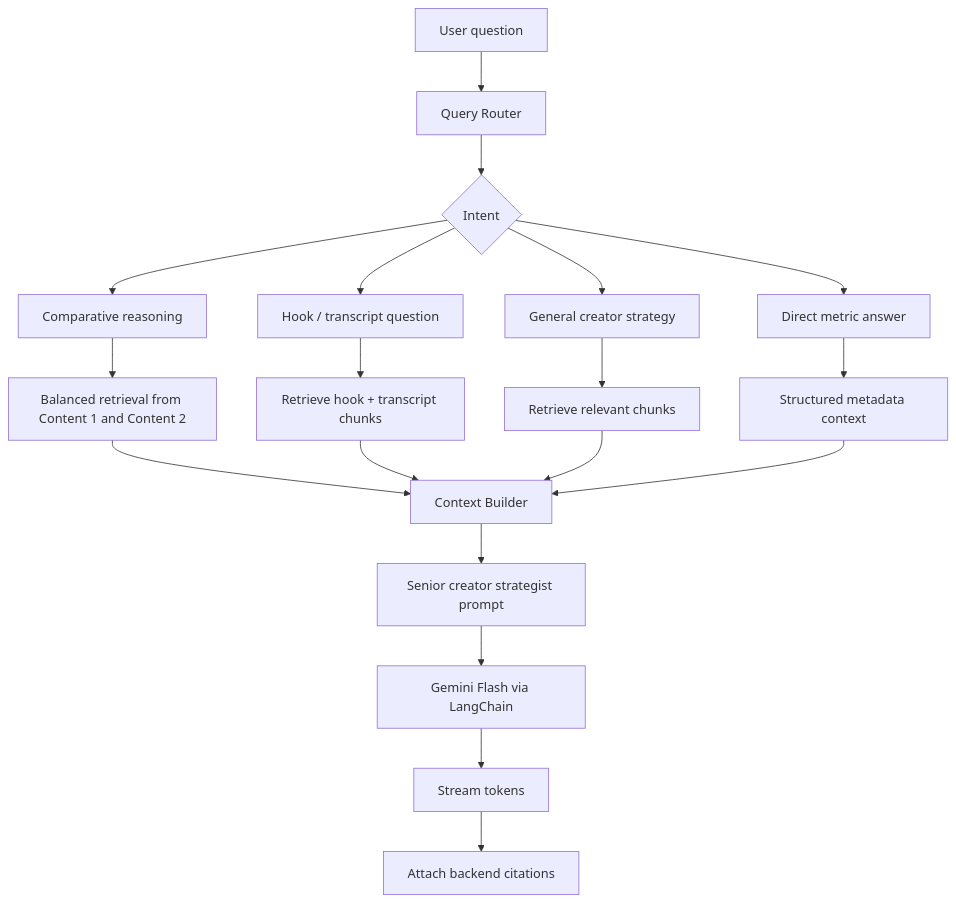
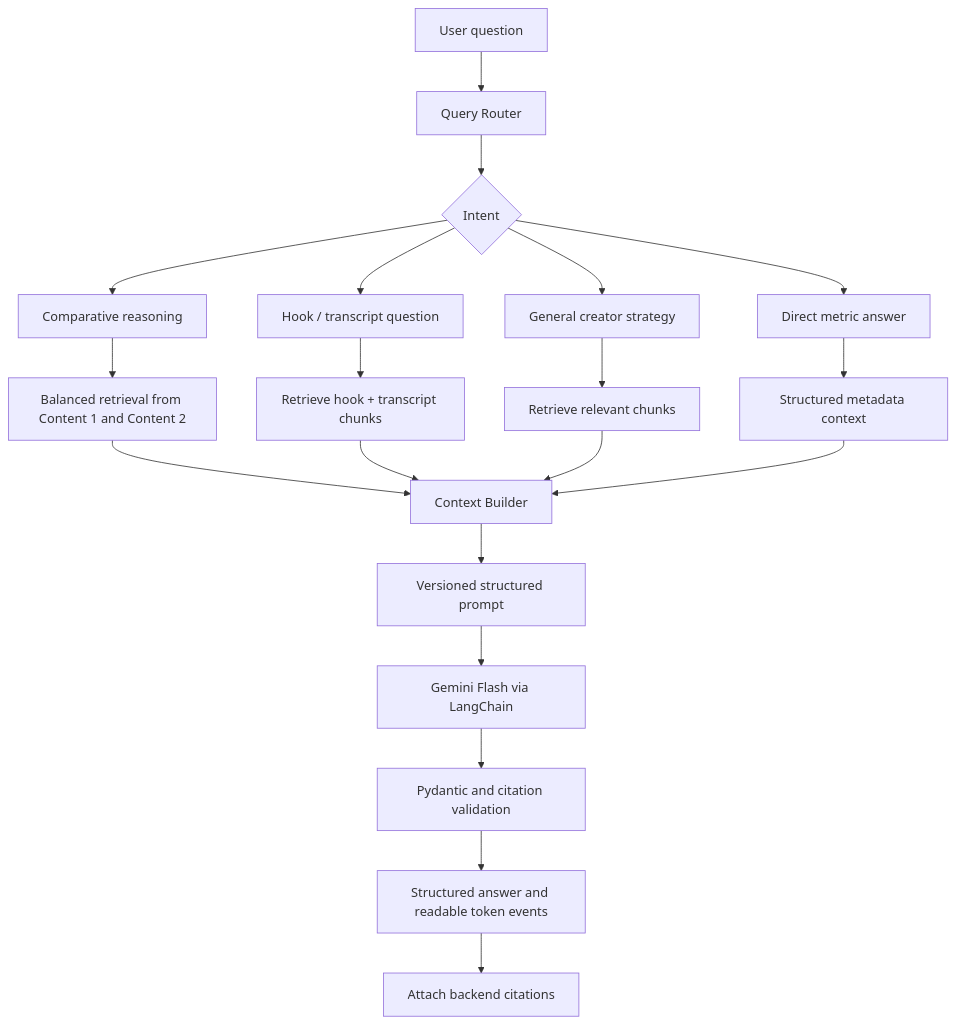
The fourth of 5 diagrams in README.md (DiloJan-26/CreatorLens-AI), drawn with Mermaid before and after one commit. The commit also changed other lines of this file and 8 other files, not shown here.

````diff
--- a/README.md
+++ b/README.md
@@ -205,24 +205,25 @@
 ```mermaid
 flowchart TD
     QUESTION[User question] --> ROUTER[Query Router]
     ROUTER --> INTENT{Intent}
     INTENT --> METRIC[Direct metric answer]
     INTENT --> COMPARE[Comparative reasoning]
     INTENT --> HOOK[Hook / transcript question]
     INTENT --> GENERAL[General creator strategy]
 
     COMPARE --> BALANCED[Balanced retrieval from Content 1 and Content 2]
     HOOK --> FILTERED[Retrieve hook + transcript chunks]
     GENERAL --> RETRIEVE[Retrieve relevant chunks]
 
     METRIC --> STRUCTURED[Structured metadata context]
     BALANCED --> CONTEXT[Context Builder]
     FILTERED --> CONTEXT
     RETRIEVE --> CONTEXT
     STRUCTURED --> CONTEXT
 
-    CONTEXT --> PROMPT[Senior creator strategist prompt]
+    CONTEXT --> PROMPT[Versioned structured prompt]
     PROMPT --> LLM[Gemini Flash via LangChain]
-    LLM --> STREAM[Stream tokens]
+    LLM --> VALIDATE[Pydantic and citation validation]
+    VALIDATE --> STREAM[Structured answer and readable token events]
     STREAM --> CITE[Attach backend citations]
 ```
````
